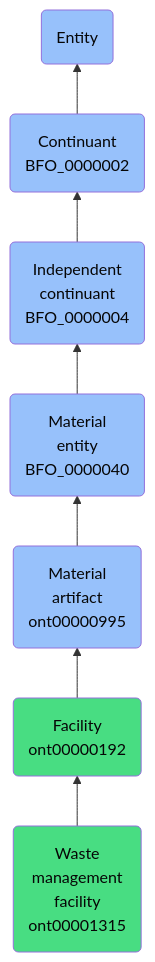
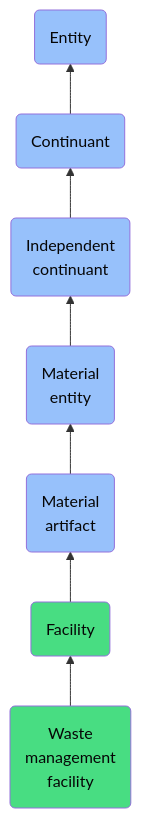
The diagram in docs/ontology/reference/model/Entity/Continuant/Independent continuant/Material entity/Material artifact/Facility/Waste management facility/Waste management facility.md (jupyter-naas/abi), drawn with Mermaid before and after one commit. The commit also changed other lines of this file and 1430 other files, not shown here.

````diff
--- a/docs/ontology/reference/model/Entity/Continuant/Independent continuant/Material entity/Material artifact/Facility/Waste management facility/Waste management facility.md
+++ b/docs/ontology/reference/model/Entity/Continuant/Independent continuant/Material entity/Material artifact/Facility/Waste management facility/Waste management facility.md
@@ -24,14 +24,14 @@
 ```mermaid
 graph BT
-    ont00001315(Waste<br>management<br>facility<br>ont00001315):::ABI-->ont00000192
-    ont00000192(Facility<br>ont00000192):::ABI-->ont00000995
-    ont00000995(Material<br>artifact<br>ont00000995):::BFO-->BFO_0000040
-    BFO_0000040(Material<br>entity<br>BFO_0000040):::BFO-->BFO_0000004
-    BFO_0000004(Independent<br>continuant<br>BFO_0000004):::BFO-->BFO_0000002
-    BFO_0000002(Continuant<br>BFO_0000002):::BFO-->BFO_0000001
+    ont00001315(Waste<br>management<br>facility):::ABI-->ont00000192
+    ont00000192(Facility):::ABI-->ont00000995
+    ont00000995(Material<br>artifact):::BFO-->BFO_0000040
+    BFO_0000040(Material<br>entity):::BFO-->BFO_0000004
+    BFO_0000004(Independent<br>continuant):::BFO-->BFO_0000002
+    BFO_0000002(Continuant):::BFO-->BFO_0000001
     BFO_0000001(Entity):::BFO
     
     classDef BFO fill:#97c1fb,color:#060606
     classDef CCO fill:#e4c51e,color:#060606
     classDef ABI fill:#48DD82,color:#060606
 ```
````
